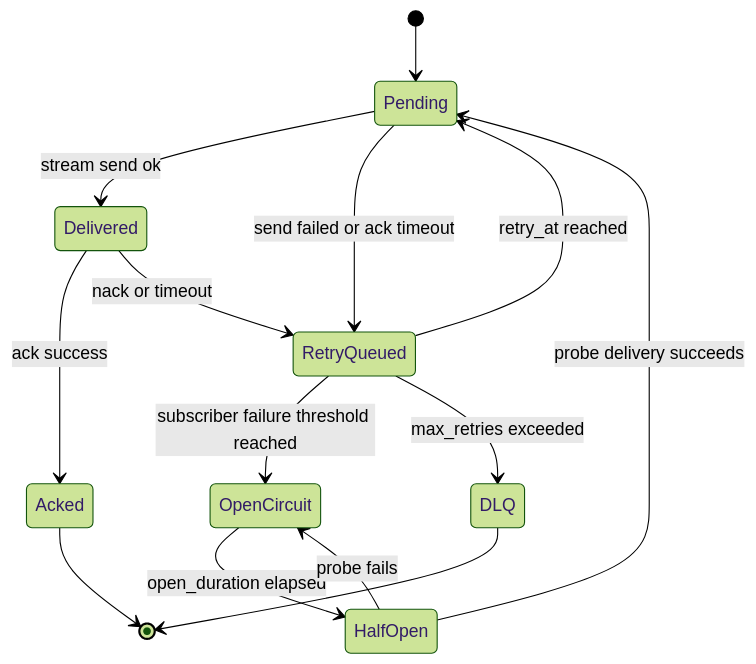
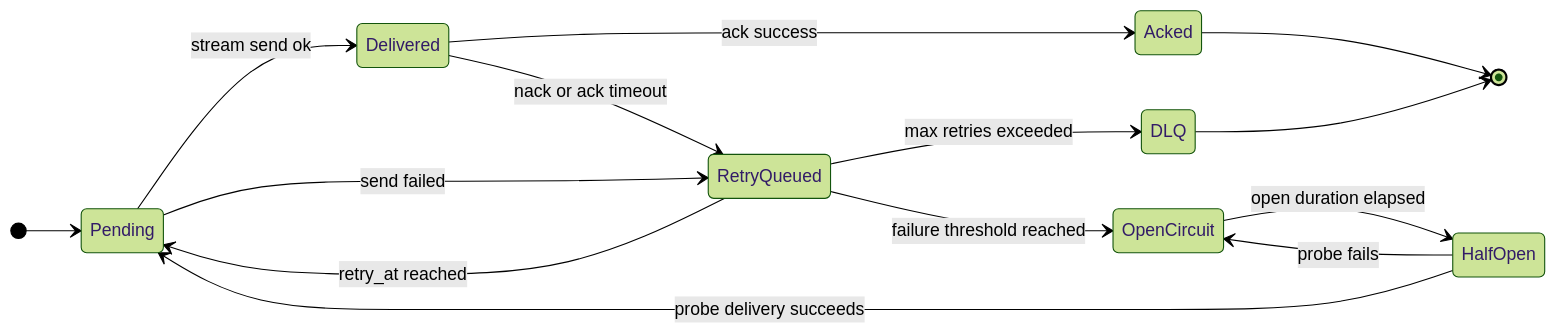
The fourth of 8 diagrams in docs/DEVELOPER_ARCHITECTURE_GUIDE.md (jatin711-debug/cronos_db_golang), drawn with Mermaid (forest theme) before and after one commit. The commit also changed 1 other file, not shown here.

Commit message:
refactor: Improve delivery state machine diagram for clarity and accuracy

````diff
--- a/docs/DEVELOPER_ARCHITECTURE_GUIDE.md
+++ b/docs/DEVELOPER_ARCHITECTURE_GUIDE.md
@@ -214,16 +214,20 @@
 ```mermaid
 stateDiagram-v2
-    [*] --> Pending
-    Pending --> Delivered: stream send ok
-    Pending --> RetryQueued: send failed or ack timeout
-    Delivered --> Acked: ack success
-    Delivered --> RetryQueued: nack or timeout
-    RetryQueued --> Pending: retry_at reached
-    RetryQueued --> OpenCircuit: subscriber failure threshold reached
-    OpenCircuit --> HalfOpen: open_duration elapsed
-    HalfOpen --> Pending: probe delivery succeeds
-    HalfOpen --> OpenCircuit: probe fails
-    RetryQueued --> DLQ: max_retries exceeded
-    DLQ --> [*]
-    Acked --> [*]
+  direction LR
+
+  [*] --> Pending
+  Pending --> Delivered: stream send ok
+  Delivered --> Acked: ack success
+  Acked --> [*]
+
+  Pending --> RetryQueued: send failed
+  Delivered --> RetryQueued: nack or ack timeout
+  RetryQueued --> Pending: retry_at reached
+  RetryQueued --> DLQ: max retries exceeded
+  DLQ --> [*]
+
+  RetryQueued --> OpenCircuit: failure threshold reached
+  OpenCircuit --> HalfOpen: open duration elapsed
+  HalfOpen --> Pending: probe delivery succeeds
+  HalfOpen --> OpenCircuit: probe fails
 ```
````
